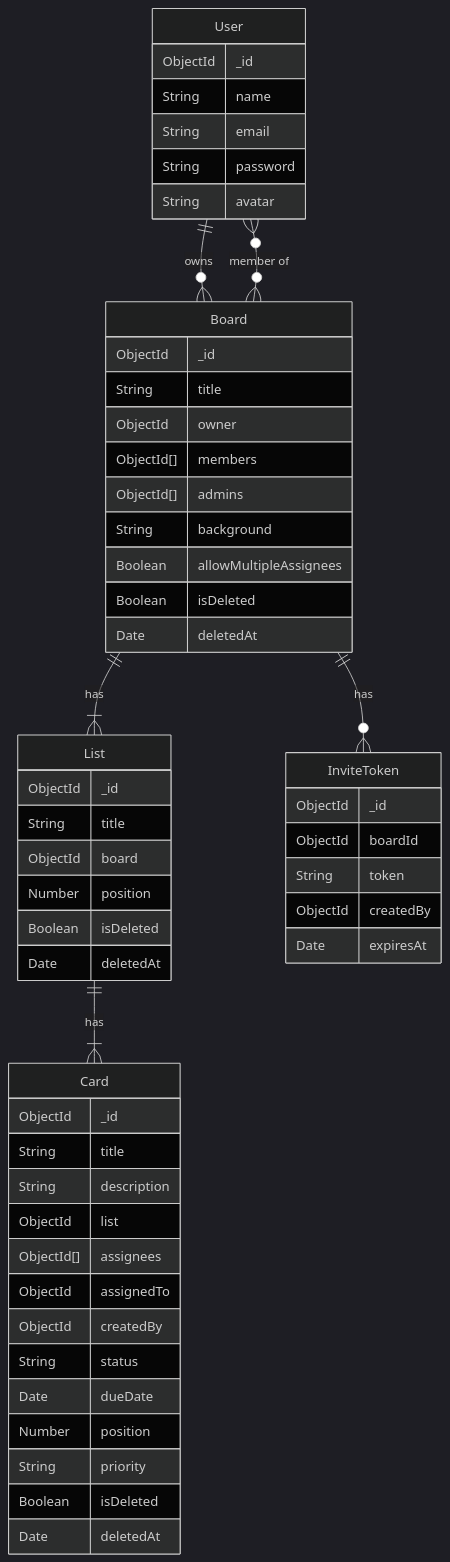
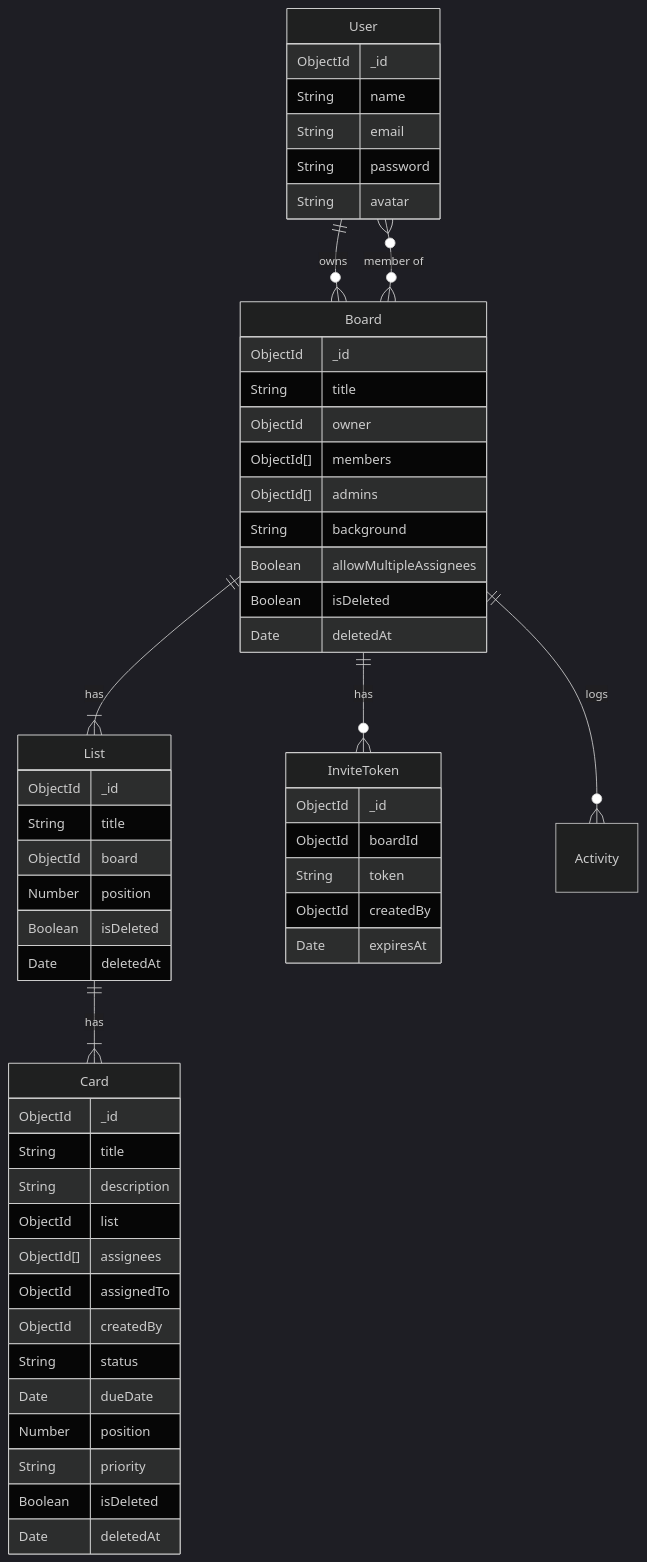
One commit to shriija/task-managerr changed the third of 8 diagrams in server/README.md. Above: the diagram before and after it, drawn with Mermaid (dark theme). The commit also changed other lines of this file and 2 other files, not shown here.

````diff
--- a/server/README.md
+++ b/server/README.md
@@ -252,57 +254,58 @@
 ```mermaid
 erDiagram
     User {
         ObjectId _id
         String name
         String email
         String password
         String avatar
     }
     Board {
         ObjectId _id
         String title
         ObjectId owner
         ObjectId[] members
         ObjectId[] admins
         String background
         Boolean allowMultipleAssignees
         Boolean isDeleted
         Date deletedAt
     }
     List {
         ObjectId _id
         String title
         ObjectId board
         Number position
         Boolean isDeleted
         Date deletedAt
     }
     Card {
         ObjectId _id
         String title
         String description
         ObjectId list
         ObjectId[] assignees
         ObjectId assignedTo
         ObjectId createdBy
         String status
         Date dueDate
         Number position
         String priority
         Boolean isDeleted
         Date deletedAt
     }
     InviteToken {
         ObjectId _id
         ObjectId boardId
         String token
         ObjectId createdBy
         Date expiresAt
     }
 
     User ||--o{ Board : "owns"
     User }o--o{ Board : "member of"
     Board ||--|{ List : "has"
     List ||--|{ Card : "has"
     Board ||--o{ InviteToken : "has"
+    Board ||--o{ Activity : "logs"
 ```
````
